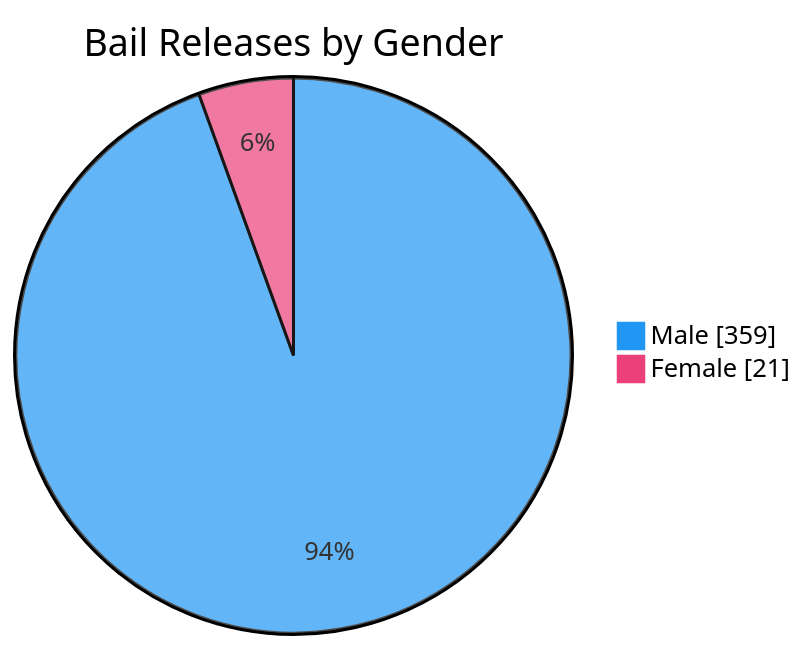
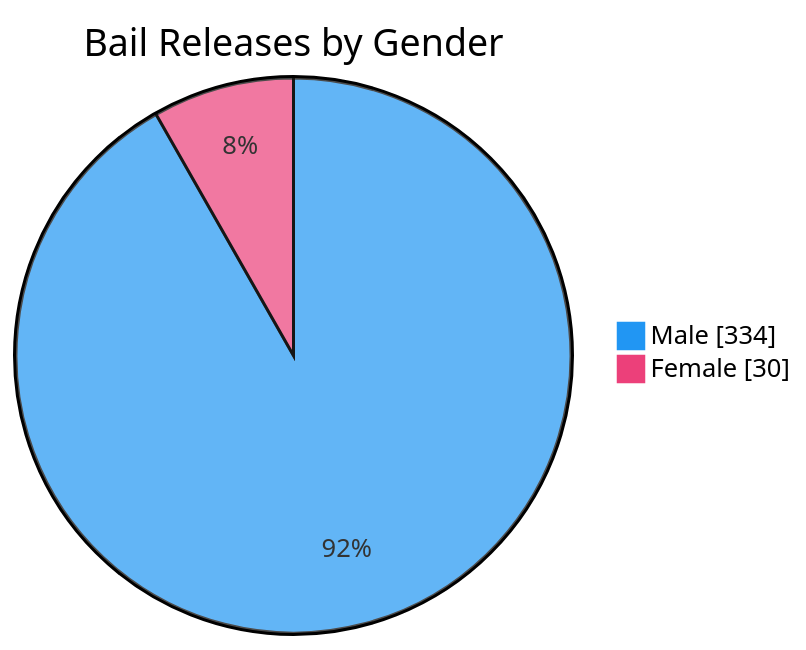
One commit to nuuuwan/lk_prisons changed the seventh of 7 diagrams in README.md. Above: the diagram before and after it, drawn with Mermaid. The commit also changed other lines of this file and 1 other file, not shown here.

````diff
--- a/README.md
+++ b/README.md
@@ -109,6 +109,6 @@
 ```mermaid
 %%{init: {'themeVariables': {'pie1': '#2196F3', 'pie2': '#EC407A'}}}%%
 pie showData title Bail Releases by Gender
-    "Male" : 359
-    "Female" : 21
+    "Male" : 334
+    "Female" : 30
 ```
````
